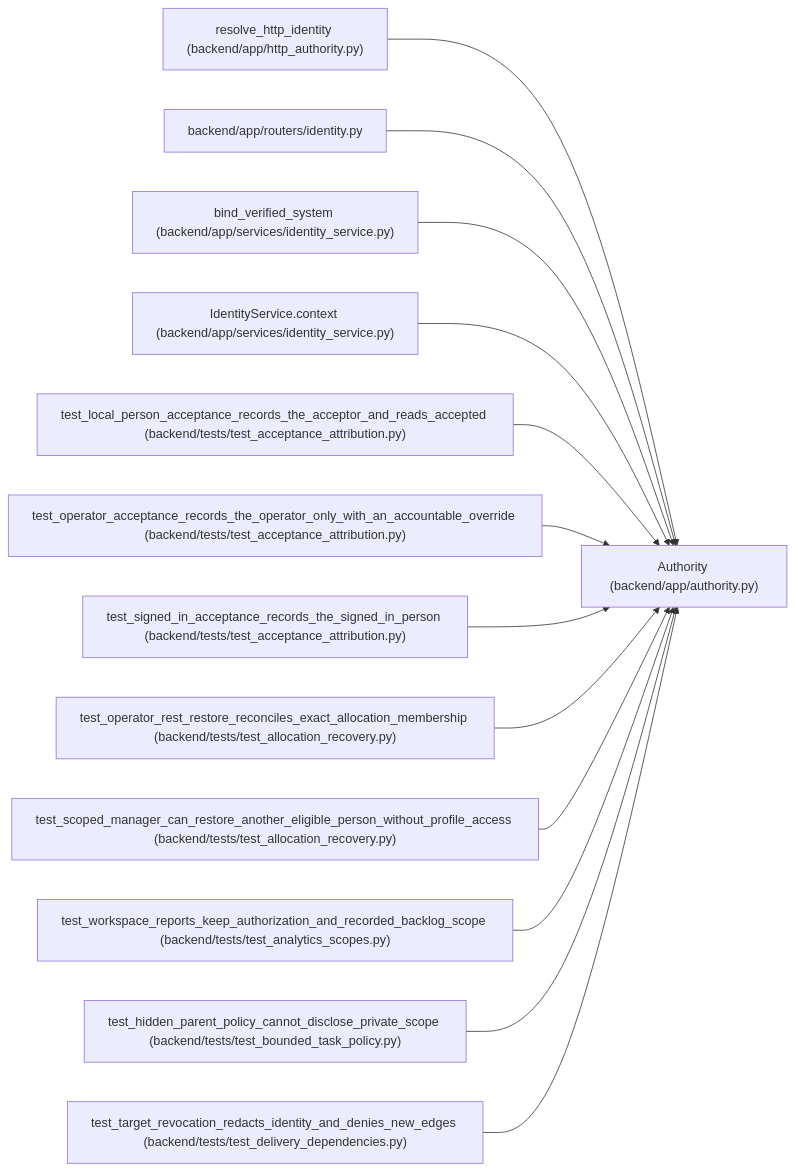
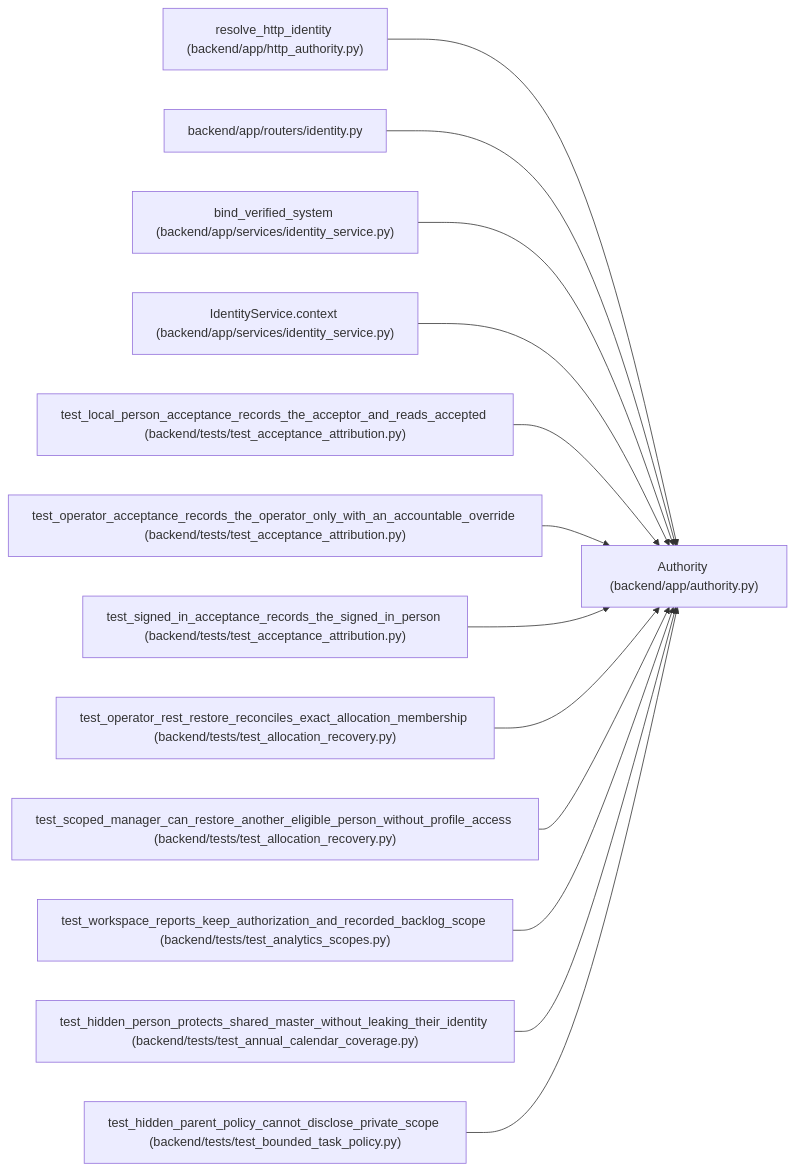
One commit to Denissvgn/WorkChord changed the diagram in docs/llm_wiki/entities/Authority.md. Above: the diagram before and after it, drawn with Mermaid. The commit also changed other lines of this file and 920 other files, not shown here.

````diff
--- a/docs/llm_wiki/entities/Authority.md
+++ b/docs/llm_wiki/entities/Authority.md
@@ -46,41 +46,41 @@
 ```mermaid
 flowchart LR
     n0["Authority (backend/app/authority.py)"]
     n1["resolve_http_identity (backend/app/http_authority.py)"]
     n2["backend/app/routers/identity.py"]
     n3["bind_verified_system (backend/app/services/identity_service.py)"]
     n4["IdentityService.context (backend/app/services/identity_service.py)"]
     n5["test_local_person_acceptance_records_the_acceptor_and_reads_accepted (backend/tests/test_acceptance_attribution.py)"]
     n6["test_operator_acceptance_records_the_operator_only_with_an_accountable_override (backend/tests/test_acceptance_attribution.py)"]
     n7["test_signed_in_acceptance_records_the_signed_in_person (backend/tests/test_acceptance_attribution.py)"]
     n8["test_operator_rest_restore_reconciles_exact_allocation_membership (backend/tests/test_allocation_recovery.py)"]
     n9["test_scoped_manager_can_restore_another_eligible_person_without_profile_access (backend/tests/test_allocation_recovery.py)"]
     n10["test_workspace_reports_keep_authorization_and_recorded_backlog_scope (backend/tests/test_analytics_scopes.py)"]
-    n11["test_hidden_parent_policy_cannot_disclose_private_scope (backend/tests/test_bounded_task_policy.py)"]
-    n12["test_target_revocation_redacts_identity_and_denies_new_edges (backend/tests/test_delivery_dependencies.py)"]
+    n11["test_hidden_person_protects_shared_master_without_leaking_their_identity (backend/tests/test_annual_calendar_coverage.py)"]
+    n12["test_hidden_parent_policy_cannot_disclose_private_scope (backend/tests/test_bounded_task_policy.py)"]
     n1 --> n0
     n2 --> n0
     n3 --> n0
     n4 --> n0
     n5 --> n0
     n6 --> n0
     n7 --> n0
     n8 --> n0
     n9 --> n0
     n10 --> n0
     n11 --> n0
     n12 --> n0
     click n0 "../modules/authority.md"
     click n1 "../modules/http_authority.md"
     click n2 "../modules/routers_identity.md"
     click n3 "../modules/identity_service.md"
     click n4 "../modules/identity_service.md"
     click n5 "../modules/test_acceptance_attribution.md"
     click n6 "../modules/test_acceptance_attribution.md"
     click n7 "../modules/test_acceptance_attribution.md"
     click n8 "../modules/test_allocation_recovery.md"
     click n9 "../modules/test_allocation_recovery.md"
     click n10 "../modules/test_analytics_scopes.md"
-    click n11 "../modules/test_bounded_task_policy.md"
-    click n12 "../modules/test_delivery_dependencies.md"
+    click n11 "../modules/test_annual_calendar_coverage.md"
+    click n12 "../modules/test_bounded_task_policy.md"
 ```
````
